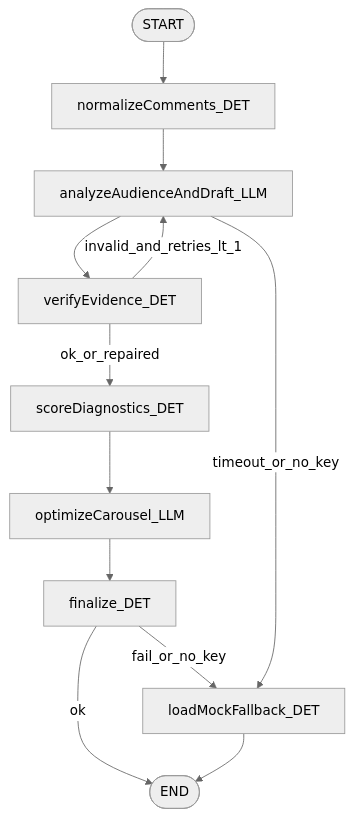
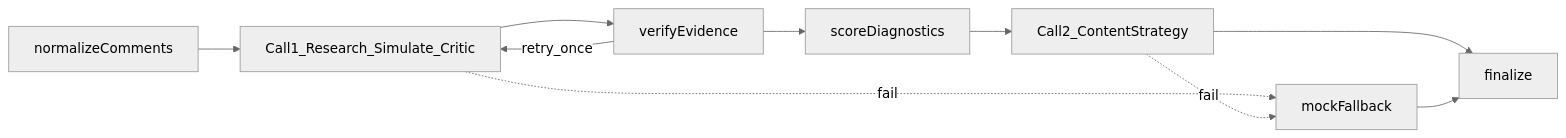
One commit to harshjoshi23/Thunder changed the second of 4 diagrams in docs/architecture.md. Above: the diagram before and after it, drawn with Mermaid (neutral theme). The commit also changed other lines of this file and 3 other files, not shown here.

First line of the commit message:
Add phase-01 UX prompt, status summary, and clearer architecture diagrams.

````diff
--- a/docs/architecture.md
+++ b/docs/architecture.md
@@ -37,14 +47,12 @@
 ```mermaid
-flowchart TD
-  start([START]) --> normalize[normalizeComments_DET]
-  normalize --> call1[analyzeAudienceAndDraft_LLM]
-  call1 --> verify1[verifyEvidence_DET]
-  verify1 -->|invalid_and_retries_lt_1| call1
-  verify1 -->|ok_or_repaired| score[scoreDiagnostics_DET]
-  score --> call2[optimizeCarousel_LLM]
-  call2 --> verify2[finalize_DET]
-  verify2 -->|fail_or_no_key| mock[loadMockFallback_DET]
-  verify2 -->|ok| endNode([END])
-  mock --> endNode
-  call1 -->|timeout_or_no_key| mock
+flowchart LR
+  N[normalizeComments] --> A[Call1_Research_Simulate_Critic]
+  A --> V[verifyEvidence]
+  V -->|retry_once| A
+  V --> S[scoreDiagnostics]
+  S --> C[Call2_ContentStrategy]
+  C --> F[finalize]
+  A -.->|fail| M[mockFallback]
+  C -.->|fail| M
+  M --> F
 ```
````
